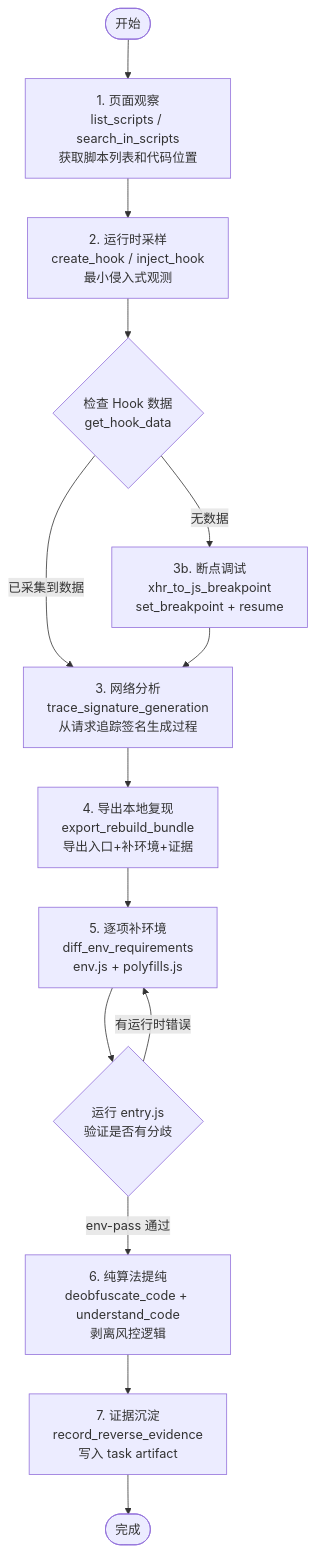
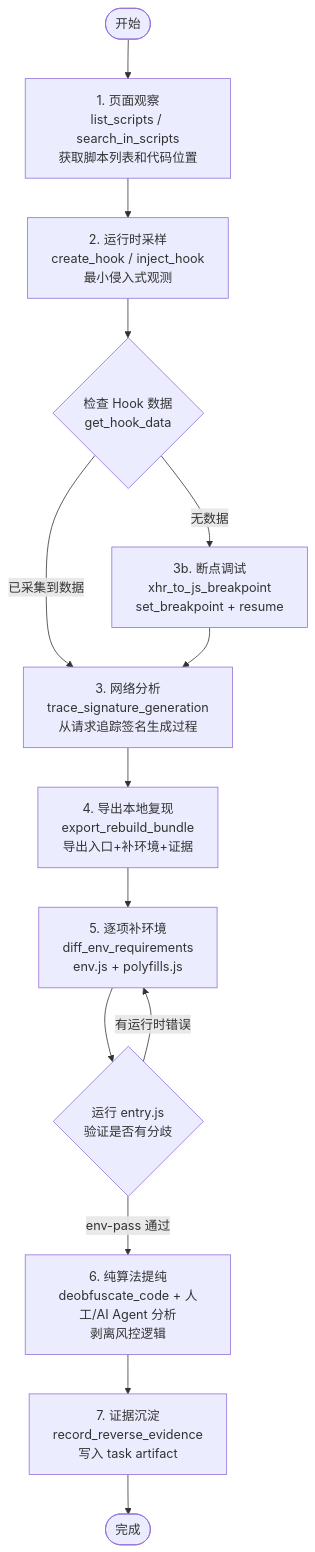
The third of 3 diagrams in README.md (ruoxhub/browsercli), drawn with Mermaid before and after one commit. The commit also changed other lines of this file and 161 other files, not shown here.

````diff
--- a/README.md
+++ b/README.md
@@ -711,16 +655,16 @@
 ```mermaid
 flowchart TB
     START([开始]) --> OBSERVE[1. 页面观察<br/>list_scripts / search_in_scripts<br/>获取脚本列表和代码位置]
     OBSERVE --> HOOK[2. 运行时采样<br/>create_hook / inject_hook<br/>最小侵入式观测]
     HOOK --> CHECK_HOOK{检查 Hook 数据<br/>get_hook_data}
     CHECK_HOOK -->|已采集到数据| NETWORK[3. 网络分析<br/>trace_signature_generation<br/>从请求追踪签名生成过程]
     CHECK_HOOK -->|无数据| DEBUG[3b. 断点调试<br/>xhr_to_js_breakpoint<br/>set_breakpoint + resume]
     DEBUG --> NETWORK
     NETWORK --> EXPORT[4. 导出本地复现<br/>export_rebuild_bundle<br/>导出入口+补环境+证据]
     EXPORT --> ENV[5. 逐项补环境<br/>diff_env_requirements<br/>env.js + polyfills.js]
     ENV --> VERIFY{运行 entry.js<br/>验证是否有分歧}
     VERIFY -->|有运行时错误| ENV
-    VERIFY -->|env-pass 通过| PURE[6. 纯算法提纯<br/>deobfuscate_code + understand_code<br/>剥离风控逻辑]
+    VERIFY -->|env-pass 通过| PURE[6. 纯算法提纯<br/>deobfuscate_code + 人工/AI Agent 分析<br/>剥离风控逻辑]
     PURE --> EVIDENCE[7. 证据沉淀<br/>record_reverse_evidence<br/>写入 task artifact]
     EVIDENCE --> DONE([完成])
 ```
````
